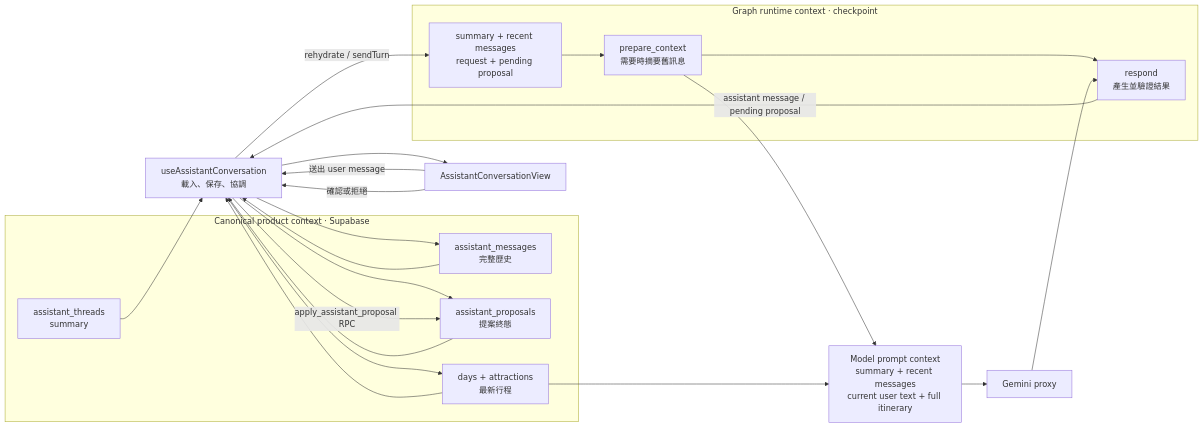
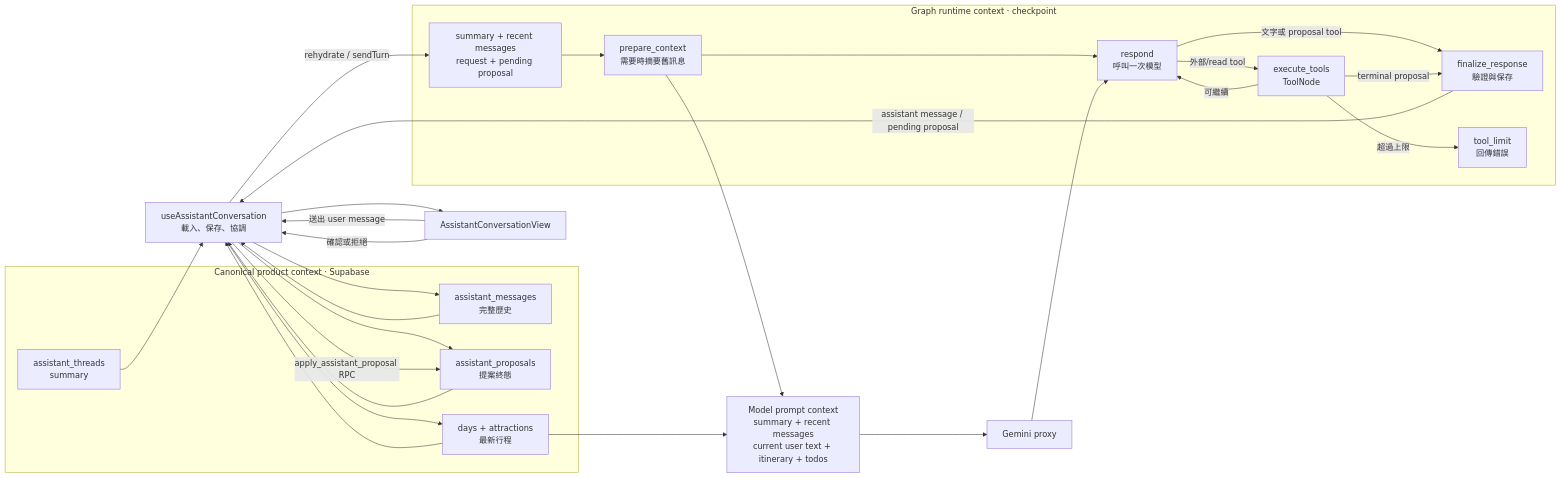
One commit to strongball/travel-web changed the diagram in docs/assistant-langgraph.md. Above: the diagram before and after it, drawn with Mermaid. The commit also changed other lines of this file and 15 other files, not shown here.

Commit message:
refactor: move assistant tool loop into graph

````diff
--- a/docs/assistant-langgraph.md
+++ b/docs/assistant-langgraph.md
@@ -47,39 +52,47 @@
 ```mermaid
 flowchart LR
   subgraph DB["Canonical product context · Supabase"]
     T["assistant_threads<br/>summary"]
     M["assistant_messages<br/>完整歷史"]
     P["assistant_proposals<br/>提案終態"]
     I["days + attractions<br/>最新行程"]
   end
 
   H["useAssistantConversation<br/>載入、保存、協調"]
 
   subgraph G["Graph runtime context · checkpoint"]
     GS["summary + recent messages<br/>request + pending proposal"]
     PC["prepare_context<br/>需要時摘要舊訊息"]
-    R["respond<br/>產生並驗證結果"]
+    R["respond<br/>呼叫一次模型"]
+    ET["execute_tools<br/>ToolNode"]
+    F["finalize_response<br/>驗證與保存"]
+    L["tool_limit<br/>回傳錯誤"]
   end
 
-  MP["Model prompt context<br/>summary + recent messages<br/>current user text + full itinerary"]
+  MP["Model prompt context<br/>summary + recent messages<br/>current user text + itinerary + todos"]
   AI["Gemini proxy"]
   UI["AssistantConversationView"]
 
   T --> H
   M --> H
   P --> H
   I --> H
   UI -->|"送出 user message"| H
   H -->|"rehydrate / sendTurn"| GS
   GS --> PC --> R
   PC --> MP
   I --> MP
   MP --> AI --> R
-  R -->|"assistant message / pending proposal"| H
+  R -->|"外部/read tool"| ET
+  R -->|"文字或 proposal tool"| F
+  ET -->|"可繼續"| R
+  ET -->|"terminal proposal"| F
+  ET -->|"超過上限"| L
+  F -->|"assistant message / pending proposal"| H
   H --> M
   H --> P
   H --> UI
   UI -->|"確認或拒絕"| H
   H -->|"apply_assistant_proposal RPC"| P
   H --> I
 ```
````
